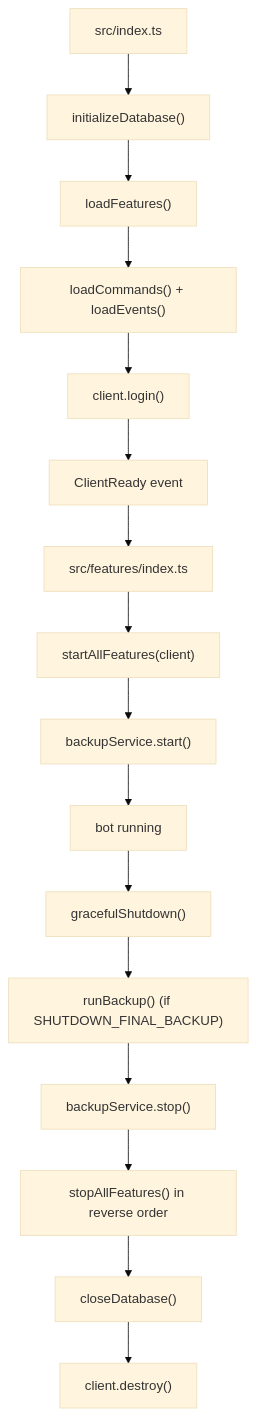
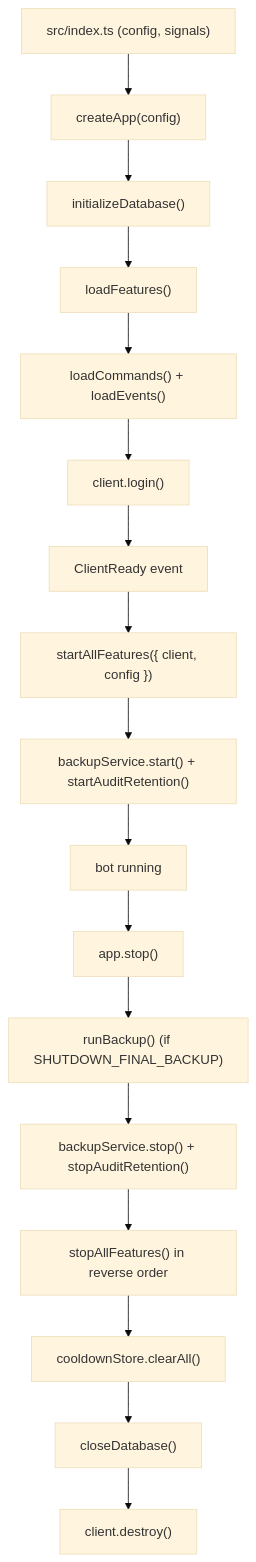
The second of 2 diagrams in docs/architecture.md (iam74k4/DiscordBot), drawn with Mermaid (base theme) before and after one commit. The commit also changed other lines of this file and 84 other files, not shown here.

````diff
--- a/docs/architecture.md
+++ b/docs/architecture.md
@@ -197,18 +227,19 @@
 ```mermaid
 flowchart TD
-  main["src/index.ts"] --> initDb["initializeDatabase()"]
+  main["src/index.ts (config, signals)"] --> createApp["createApp(config)"]
+  createApp --> initDb["initializeDatabase()"]
   initDb --> loadFeatures["loadFeatures()"]
   loadFeatures --> loadDiscord["loadCommands() + loadEvents()"]
   loadDiscord --> login["client.login()"]
   login --> ready["ClientReady event"]
-  ready --> featureRegistry["src/features/index.ts"]
-  featureRegistry --> featureStart["startAllFeatures(client)"]
-  featureStart --> backupStart["backupService.start()"]
+  ready --> featureStart["startAllFeatures({ client, config })"]
+  featureStart --> backupStart["backupService.start() + startAuditRetention()"]
   backupStart --> running["bot running"]
-  running --> shutdown["gracefulShutdown()"]
+  running --> shutdown["app.stop()"]
   shutdown --> finalBackup["runBackup() (if SHUTDOWN_FINAL_BACKUP)"]
-  finalBackup --> backupStop["backupService.stop()"]
+  finalBackup --> backupStop["backupService.stop() + stopAuditRetention()"]
   backupStop --> featureStop["stopAllFeatures() in reverse order"]
-  featureStop --> closeDb["closeDatabase()"]
+  featureStop --> cooldowns["cooldownStore.clearAll()"]
+  cooldowns --> closeDb["closeDatabase()"]
   closeDb --> destroyClient["client.destroy()"]
 ```
````
